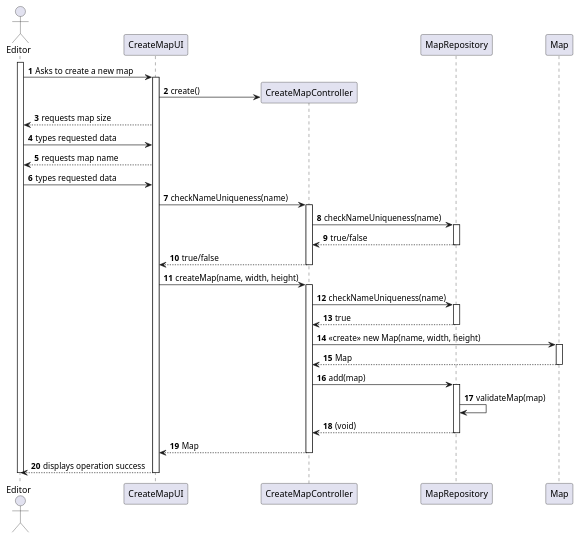
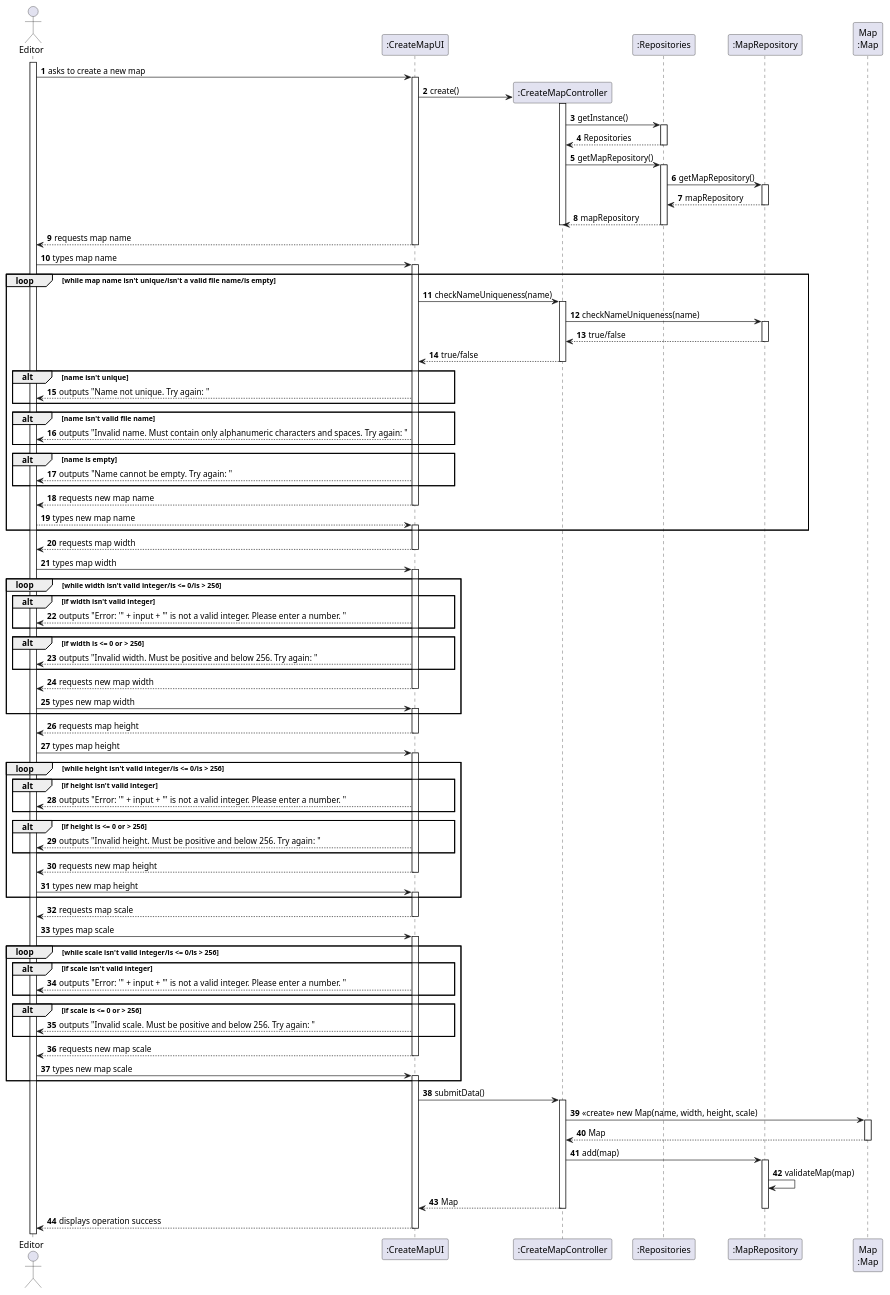
One commit to goncalolopesp/sem2-pi-24.25-g093-repo changed the diagram in docs/system-documentation/US001/03.design/puml/US001-SD.puml. Above: the diagram before and after it, drawn with PlantUML. The commit also changed 1 other file, not shown here.

Commit message:
US001 (docs) - Updated the full sequence diagram

```diff
--- a/docs/system-documentation/US001/03.design/puml/US001-SD.puml
+++ b/docs/system-documentation/US001/03.design/puml/US001-SD.puml
@@ -1,53 +1,161 @@
 @startuml
 actor User as "Editor"
 autonumber
-participant "CreateMapUI" as UI
-participant "CreateMapController" as Controller
-participant "MapRepository" as Repo
-participant "Map" as MapClass
+participant ":CreateMapUI" as UI
+participant ":CreateMapController" as Controller
+participant ":Repositories" as Repositories
+participant ":MapRepository" as Repo
+participant "Map\n:Map" as MapClass
 
 
 activate User
-User -> UI : Asks to create a new map
+User -> UI : asks to create a new map
 activate UI
 
 UI -> Controller** : create()
-UI --> User : requests map size
-User -> UI : types requested data
-UI --> User : requests map name
-User -> UI : types requested data
-UI -> Controller : checkNameUniqueness(name)
 activate Controller
-Controller -> Repo : checkNameUniqueness(name)
+
+Controller -> Repositories : getInstance()
+activate Repositories
+
+Repositories --> Controller : Repositories
+deactivate Repositories
+
+Controller -> Repositories : getMapRepository()
+activate Repositories
+
+Repositories -> Repo : getMapRepository()
 activate Repo
-Repo --> Controller : true/false
+
+Repo --> Repositories : mapRepository
 deactivate Repo
-Controller --> UI : true/false
+
+Repositories --> Controller : mapRepository
+deactivate Repositories
 deactivate Controller
 
-UI -> Controller : createMap(name, width, height)
+UI --> User : requests map name
+deactivate UI
+
+User -> UI : types map name
+activate UI
+
+loop while map name isn't unique/isn't a valid file name/is empty
+    UI -> Controller : checkNameUniqueness(name)
+    activate Controller
+
+    Controller -> Repo : checkNameUniqueness(name)
+    activate Repo
+
+    Repo --> Controller : true/false
+    deactivate Repo
+
+    Controller --> UI : true/false
+    deactivate Controller
+
+    alt name isn't unique
+        UI --> User : outputs "Name not unique. Try again: "
+    end
+
+    alt name isn't valid file name
+        UI --> User : outputs "Invalid name. Must contain only alphanumeric characters and spaces. Try again: "
+    end
+
+    alt name is empty
+        UI --> User : outputs "Name cannot be empty. Try again: "
+    end
+
+    UI --> User : requests new map name
+    deactivate UI
+
+    User --> UI : types new map name
+    activate UI
+end
+
+UI --> User : requests map width
+deactivate UI
+
+User -> UI : types map width
+activate UI
+
+loop while width isn't valid integer/is <= 0/is > 256
+    alt if width isn't valid integer
+        UI --> User: outputs "Error: '" + input + "' is not a valid integer. Please enter a number. "
+    end
+
+    alt if width is <= 0 or > 256
+        UI --> User : outputs "Invalid width. Must be positive and below 256. Try again: "
+    end
+
+    UI --> User : requests new map width
+    deactivate UI
+
+    User -> UI : types new map width
+    activate UI
+end
+
+UI --> User : requests map height
+deactivate UI
+
+User -> UI : types map height
+activate UI
+
+loop while height isn't valid integer/is <= 0/is > 256
+    alt if height isn't valid integer
+        UI --> User: outputs "Error: '" + input + "' is not a valid integer. Please enter a number. "
+    end
+
+    alt if height is <= 0 or > 256
+        UI --> User : outputs "Invalid height. Must be positive and below 256. Try again: "
+    end
+
+    UI --> User : requests new map height
+    deactivate UI
+
+    User -> UI : types new map height
+    activate UI
+end
+
+UI --> User : requests map scale
+deactivate UI
+
+User -> UI : types map scale
+activate UI
+
+loop while scale isn't valid integer/is <= 0/is > 256
+    alt if scale isn't valid integer
+        UI --> User: outputs "Error: '" + input + "' is not a valid integer. Please enter a number. "
+    end
+
+    alt if scale is <= 0 or > 256
+        UI --> User : outputs "Invalid scale. Must be positive and below 256. Try again: "
+    end
+
+    UI --> User : requests new map scale
+    deactivate UI
+
+    User -> UI : types new map scale
+    activate UI
+end
+
+UI -> Controller : submitData()
 activate Controller
 
-Controller -> Repo : checkNameUniqueness(name)
-activate Repo
-Repo --> Controller : true
-deactivate Repo
+Controller -> MapClass : <<create>> new Map(name, width, height, scale)
+activate MapClass
 
-Controller -> MapClass : <<create>> new Map(name, width, height)
-activate MapClass
 MapClass --> Controller : Map
 deactivate MapClass
 
 Controller -> Repo : add(map)
 activate Repo
+
 Repo -> Repo : validateMap(map)
-Repo --> Controller : (void)
-deactivate Repo
 
 Controller --> UI : Map
+deactivate Repo
 deactivate Controller
 
 UI --> User : displays operation success
 deactivate UI
-deactivate User
 @enduml
```
